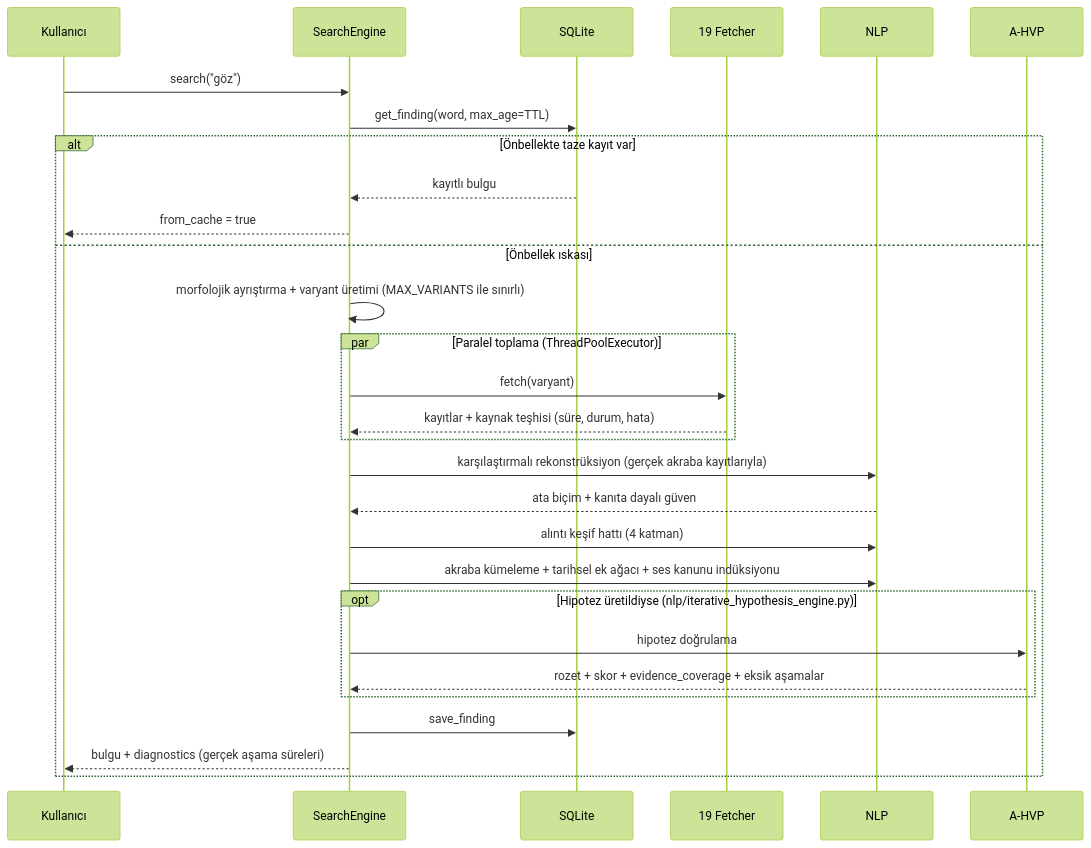
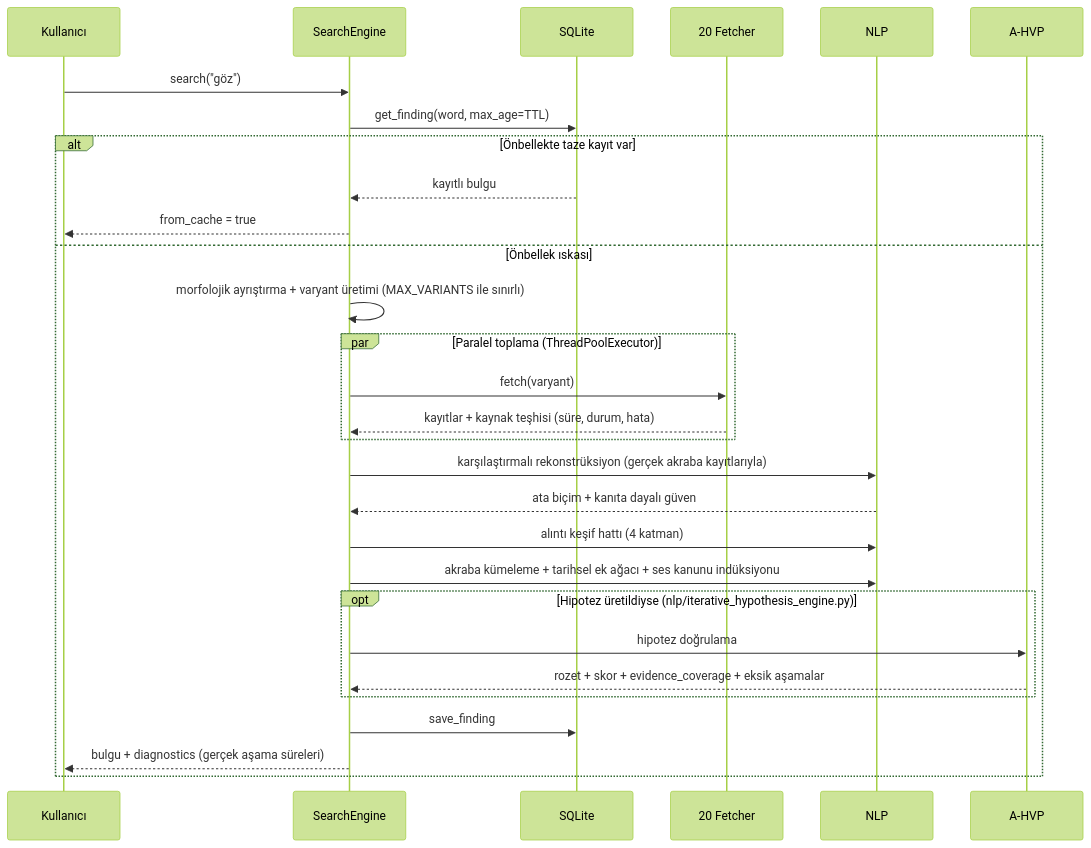
Before and after one commit to musahinist/etimoloji: the second of 3 diagrams in ARCHITECTURE.md, drawn with Mermaid (forest theme). The commit also changed other lines of this file and 1 other file, not shown here.

````diff
--- a/ARCHITECTURE.md
+++ b/ARCHITECTURE.md
@@ -93,32 +93,32 @@
 ```mermaid
 sequenceDiagram
     participant U as Kullanıcı
     participant SE as SearchEngine
     participant DB as SQLite
-    participant F as 19 Fetcher
+    participant F as 20 Fetcher
     participant N as NLP
     participant A as A-HVP
 
     U->>SE: search("göz")
     SE->>DB: get_finding(word, max_age=TTL)
     alt Önbellekte taze kayıt var
         DB-->>SE: kayıtlı bulgu
         SE-->>U: from_cache = true
     else Önbellek ıskası
         SE->>SE: morfolojik ayrıştırma + varyant üretimi (MAX_VARIANTS ile sınırlı)
         par Paralel toplama (ThreadPoolExecutor)
             SE->>F: fetch(varyant)
             F-->>SE: kayıtlar + kaynak teşhisi (süre, durum, hata)
         end
         SE->>N: karşılaştırmalı rekonstrüksiyon (gerçek akraba kayıtlarıyla)
         N-->>SE: ata biçim + kanıta dayalı güven
         SE->>N: alıntı keşif hattı (4 katman)
         SE->>N: akraba kümeleme + tarihsel ek ağacı + ses kanunu indüksiyonu
         opt Hipotez üretildiyse (nlp/iterative_hypothesis_engine.py)
             SE->>A: hipotez doğrulama
             A-->>SE: rozet + skor + evidence_coverage + eksik aşamalar
         end
         SE->>DB: save_finding
         SE-->>U: bulgu + diagnostics (gerçek aşama süreleri)
     end
 ```
````
